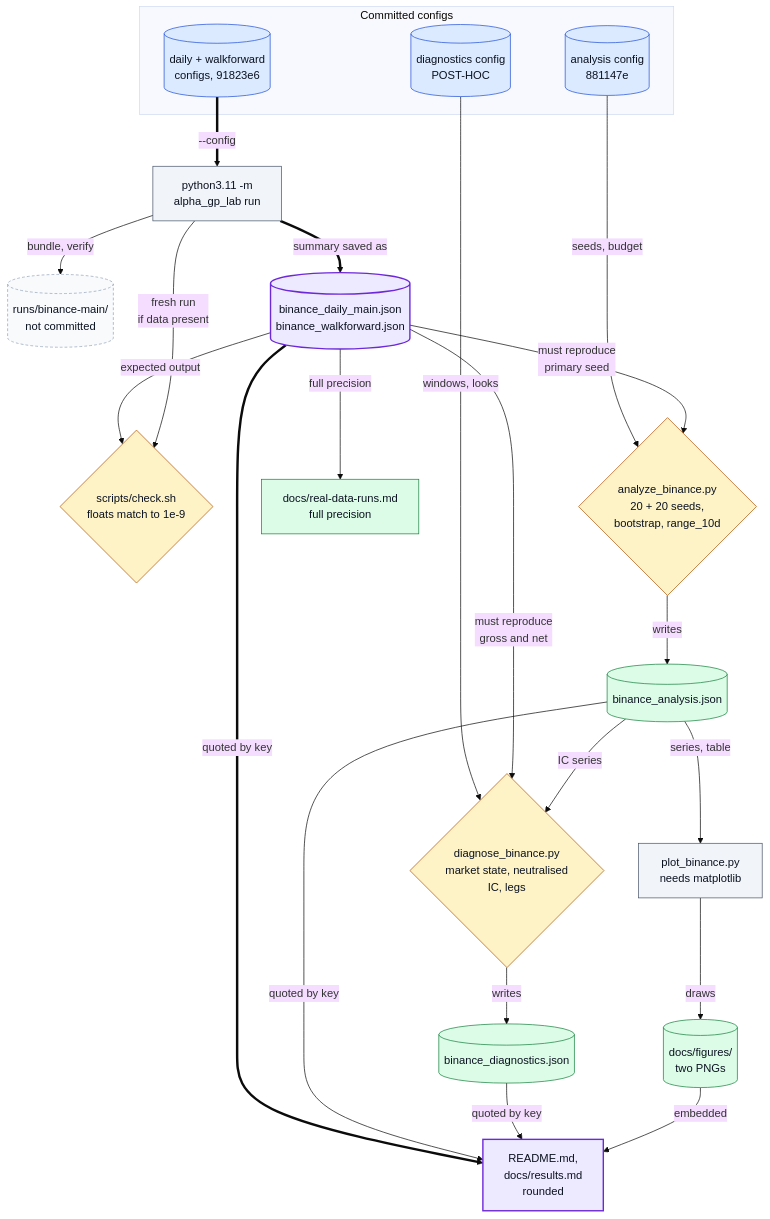
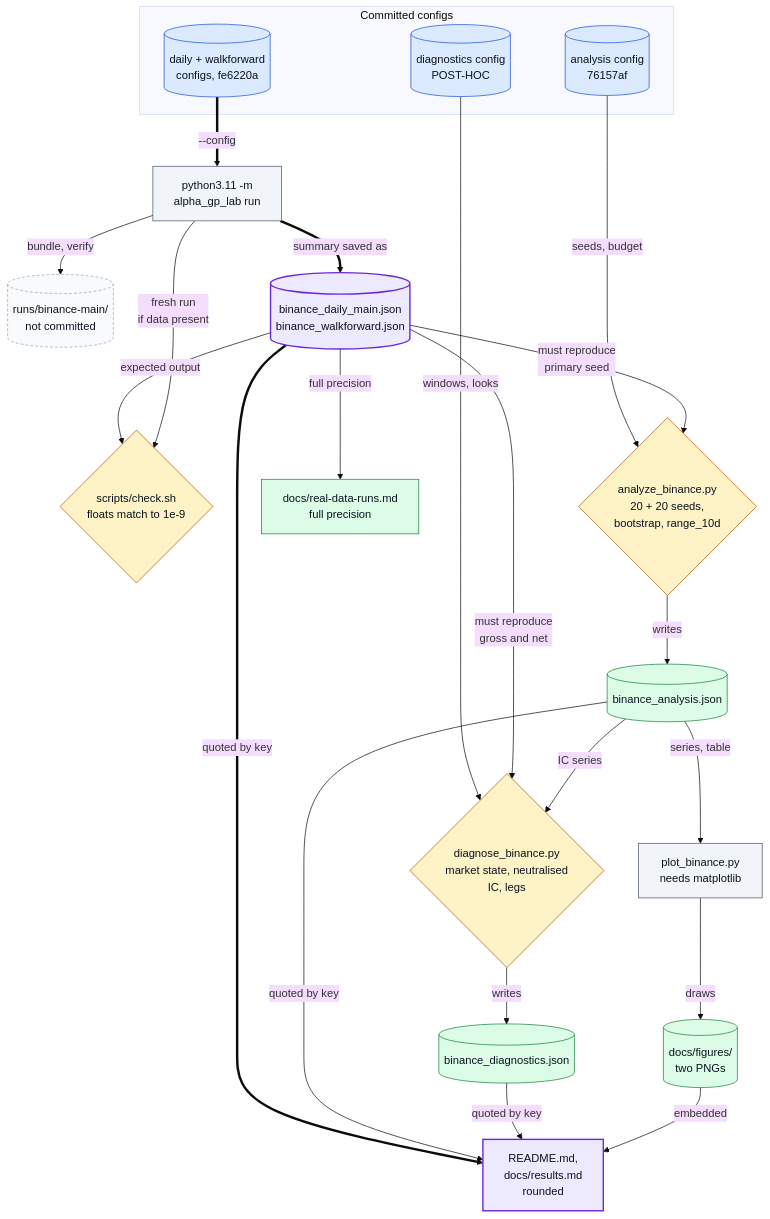
The fifth of 5 diagrams in docs/DIAGRAMS.md (oscar-chw/alpha-gp-lab), drawn with Mermaid (base theme) before and after one commit. The commit also changed 6 other files, not shown here.

````diff
--- a/docs/DIAGRAMS.md
+++ b/docs/DIAGRAMS.md
@@ -243,53 +243,53 @@
 ```mermaid
 flowchart TB
     subgraph CFGS["Committed configs"]
-        MAINC[("daily + walkforward<br/>configs, 91823e6")]
-        ANC[("analysis config<br/>881147e")]
+        MAINC[("daily + walkforward<br/>configs, fe6220a")]
+        ANC[("analysis config<br/>76157af")]
         DIC[("diagnostics config<br/>POST-HOC")]
     end
     RUN["python3.11 -m<br/>alpha_gp_lab run"]
     BUNDLE[("runs/binance-main/<br/>not committed")]
     MAIN[("binance_daily_main.json<br/>binance_walkforward.json")]
     CHECK{"scripts/check.sh<br/>floats match to 1e-9"}
     AN{"analyze_binance.py<br/>20 + 20 seeds,<br/>bootstrap, range_10d"}
     DI{"diagnose_binance.py<br/>market state, neutralised<br/>IC, legs"}
     ANJ[("binance_analysis.json")]
     DIJ[("binance_diagnostics.json")]
     PLOT["plot_binance.py<br/>needs matplotlib"]
     FIG[("docs/figures/<br/>two PNGs")]
     README["README.md,<br/>docs/results.md<br/>rounded"]
     LEDGER["docs/real-data-runs.md<br/>full precision"]
 
     MAINC ==>|"--config"| RUN
     RUN -->|"bundle, verify"| BUNDLE
     RUN ==>|"summary saved as"| MAIN
     MAIN -->|"expected output"| CHECK
     RUN -->|"fresh run<br/>if data present"| CHECK
     ANC -->|"seeds, budget"| AN
     MAIN -->|"must reproduce<br/>primary seed"| AN
     AN -->|"writes"| ANJ
     DIC -->|"windows, looks"| DI
     MAIN -->|"must reproduce<br/>gross and net"| DI
     ANJ -->|"IC series"| DI
     DI -->|"writes"| DIJ
     ANJ -->|"series, table"| PLOT
     PLOT -->|"draws"| FIG
     MAIN ==>|"quoted by key"| README
     ANJ -->|"quoted by key"| README
     DIJ -->|"quoted by key"| README
     FIG -->|"embedded"| README
     MAIN -->|"full precision"| LEDGER
 
     classDef data fill:#dbeafe,stroke:#1d4ed8,color:#0b1220
     classDef step fill:#f1f5f9,stroke:#475569,color:#0b1220
     classDef gate fill:#fef3c7,stroke:#b45309,color:#0b1220
     classDef out  fill:#dcfce7,stroke:#15803d,color:#0b1220
     classDef ext  fill:#f8fafc,stroke:#94a3b8,color:#0b1220,stroke-dasharray:4 3
     classDef key  fill:#ede9fe,stroke:#6d28d9,color:#0b1220,stroke-width:2px
     class MAINC,ANC,DIC data
     class RUN,PLOT step
     class CHECK,AN,DI gate
     class ANJ,DIJ,FIG,LEDGER out
     class BUNDLE ext
     class MAIN,README key
 ```
````
